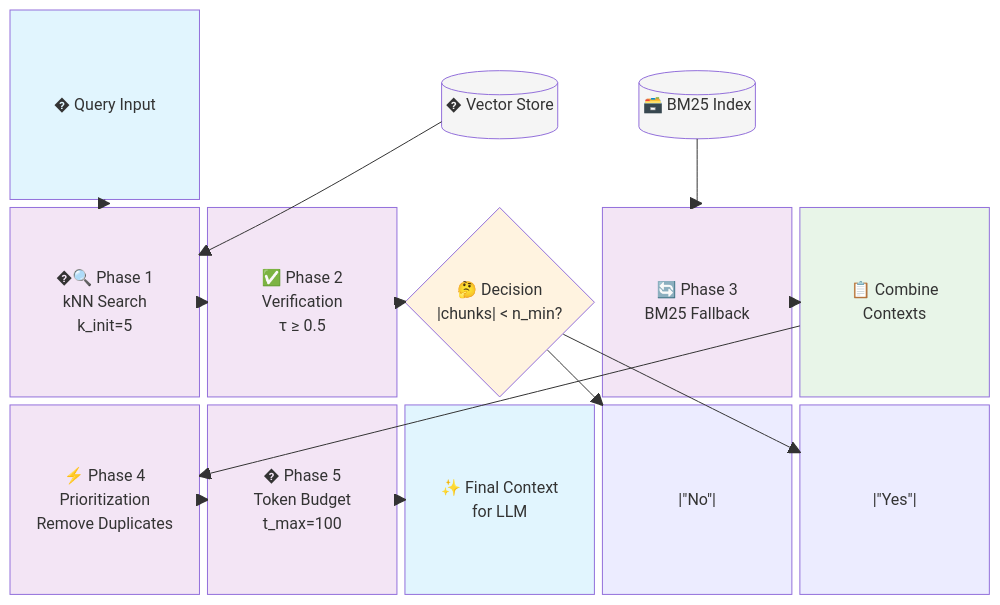
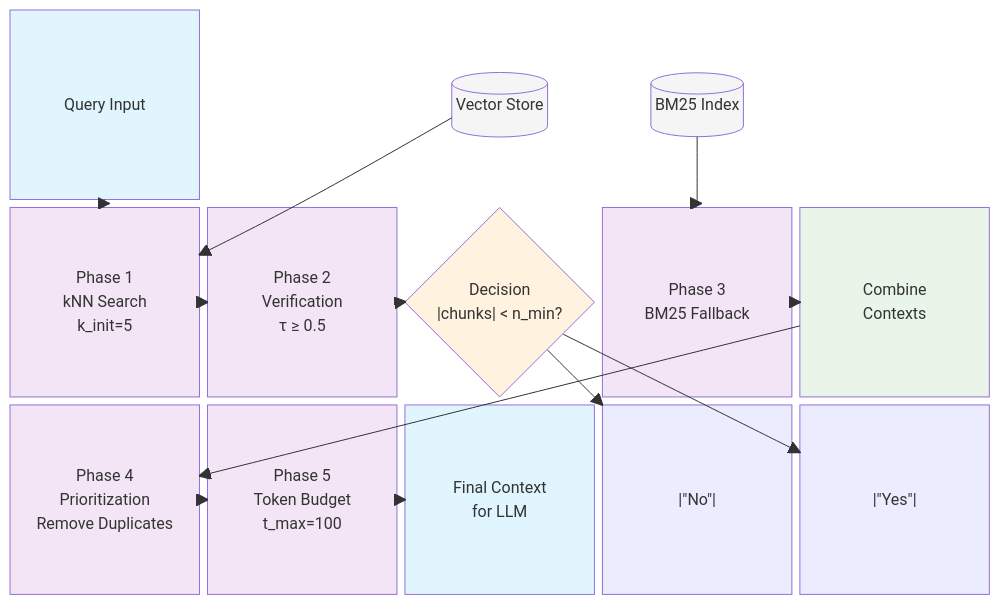
The diagram in README.md (nakulbh/Meve-framework), drawn with Mermaid before and after one commit. The commit also changed other lines of this file, not shown here.

Commit message:
Readme.md

````diff
--- a/README.md
+++ b/README.md
@@ -13,45 +13,45 @@
 ```mermaid
 block-beta
     columns 5
     
-    Query["� Query Input"]
+    Query["Query Input"]
     
     space
-    VectorDB[("� Vector Store")]
-    BM25DB[("🗃️ BM25 Index")]
+    VectorDB[("Vector Store")]
+    BM25DB[("BM25 Index")]
     space
     
-    Phase1["�🔍 Phase 1<br/>kNN Search<br/>k_init=5"]
-    Phase2["✅ Phase 2<br/>Verification<br/>τ ≥ 0.5"]
-    Decision{"🤔 Decision<br/>|chunks| < n_min?"}
-    Phase3["🔄 Phase 3<br/>BM25 Fallback"]
-    Combine["📋 Combine<br/>Contexts"]
+    Phase1["Phase 1<br/>kNN Search<br/>k_init=5"]
+    Phase2["Phase 2<br/>Verification<br/>τ ≥ 0.5"]
+    Decision{"Decision<br/>|chunks| < n_min?"}
+    Phase3["Phase 3<br/>BM25 Fallback"]
+    Combine["Combine<br/>Contexts"]
     
-    Phase4["⚡ Phase 4<br/>Prioritization<br/>Remove Duplicates"]
-    Phase5["� Phase 5<br/>Token Budget<br/>t_max=100"]
-    Output["✨ Final Context<br/>for LLM"]
+    Phase4["Phase 4<br/>Prioritization<br/>Remove Duplicates"]
+    Phase5["Phase 5<br/>Token Budget<br/>t_max=100"]
+    Output["Final Context<br/>for LLM"]
     
     Query --> Phase1
     VectorDB --> Phase1
     Phase1 --> Phase2
     Phase2 --> Decision
     Decision -->|"No"| Combine
     Decision -->|"Yes"| Phase3
     BM25DB --> Phase3
     Phase3 --> Combine
     Combine --> Phase4
     Phase4 --> Phase5
     Phase5 --> Output
     
     style Query fill:#e1f5fe
     style Phase1 fill:#f3e5f5
     style Phase2 fill:#f3e5f5
     style Decision fill:#fff3e0
     style Phase3 fill:#f3e5f5
     style Combine fill:#e8f5e8
     style Phase4 fill:#f3e5f5
     style Phase5 fill:#f3e5f5
     style Output fill:#e1f5fe
     style VectorDB fill:#f5f5f5
     style BM25DB fill:#f5f5f5
 ```
````
